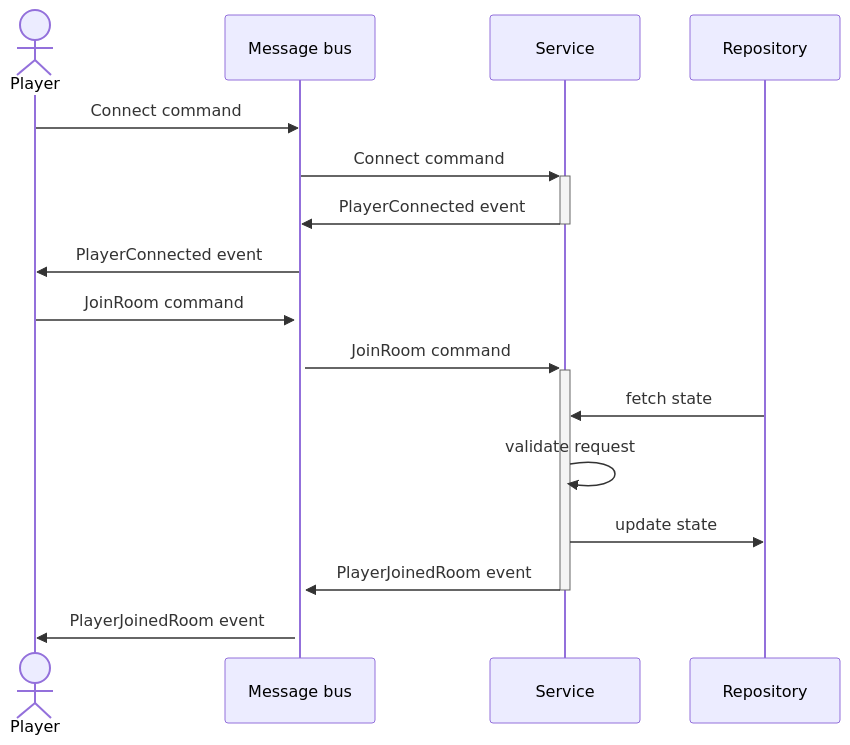
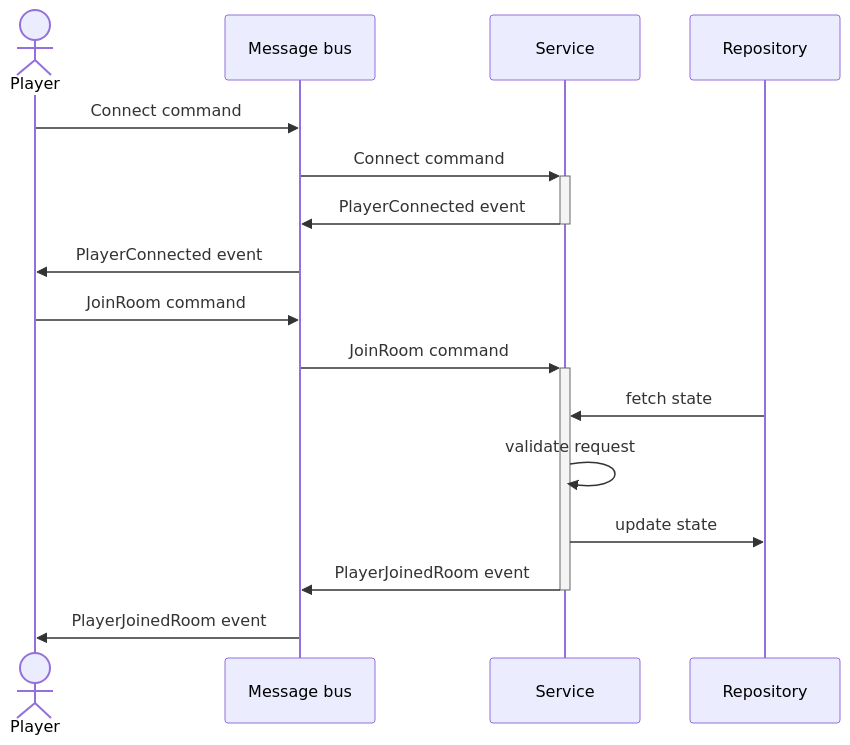
One commit to epifab/bastoni changed the second of 3 diagrams in README.md. Above: the diagram before and after it, drawn with Mermaid. The commit also changed other lines of this file and 5 other files, not shown here.

````diff
--- a/README.md
+++ b/README.md
@@ -77,19 +84,19 @@
 ```mermaid
 sequenceDiagram
     actor Player
     participant Message bus
     participant Service
     participant Repository
     
     Player->>Message bus: Connect command
     Message bus->>+Service: Connect command
     Service->>-Message bus: PlayerConnected event
     Message bus->>Player: PlayerConnected event
-    Player->>+Message bus: JoinRoom command
+    Player->>Message bus: JoinRoom command
     Message bus->>+Service: JoinRoom command
     Repository->>Service: fetch state
     Service->>Service: validate request
     Service->>Repository: update state
     Service->>-Message bus: PlayerJoinedRoom event
     Message bus->>Player: PlayerJoinedRoom event
 ```
````
